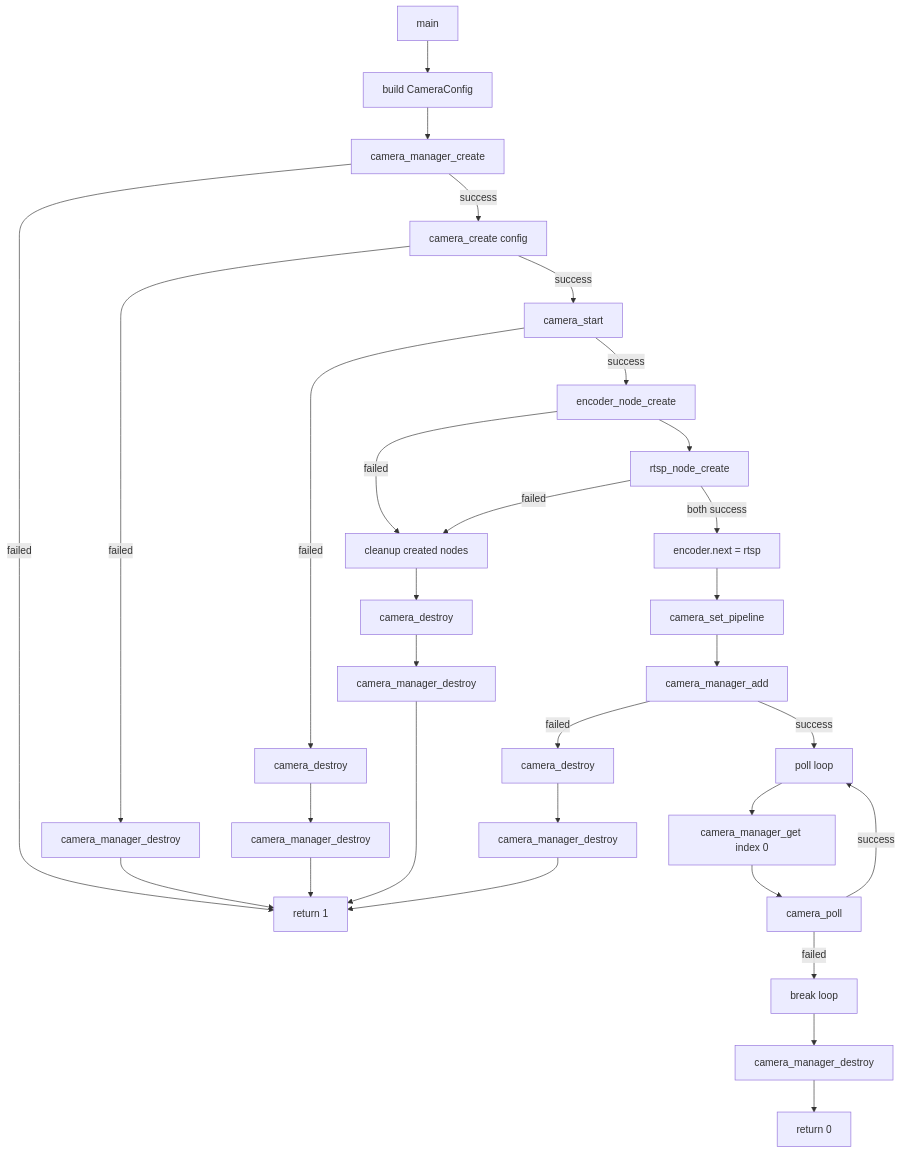
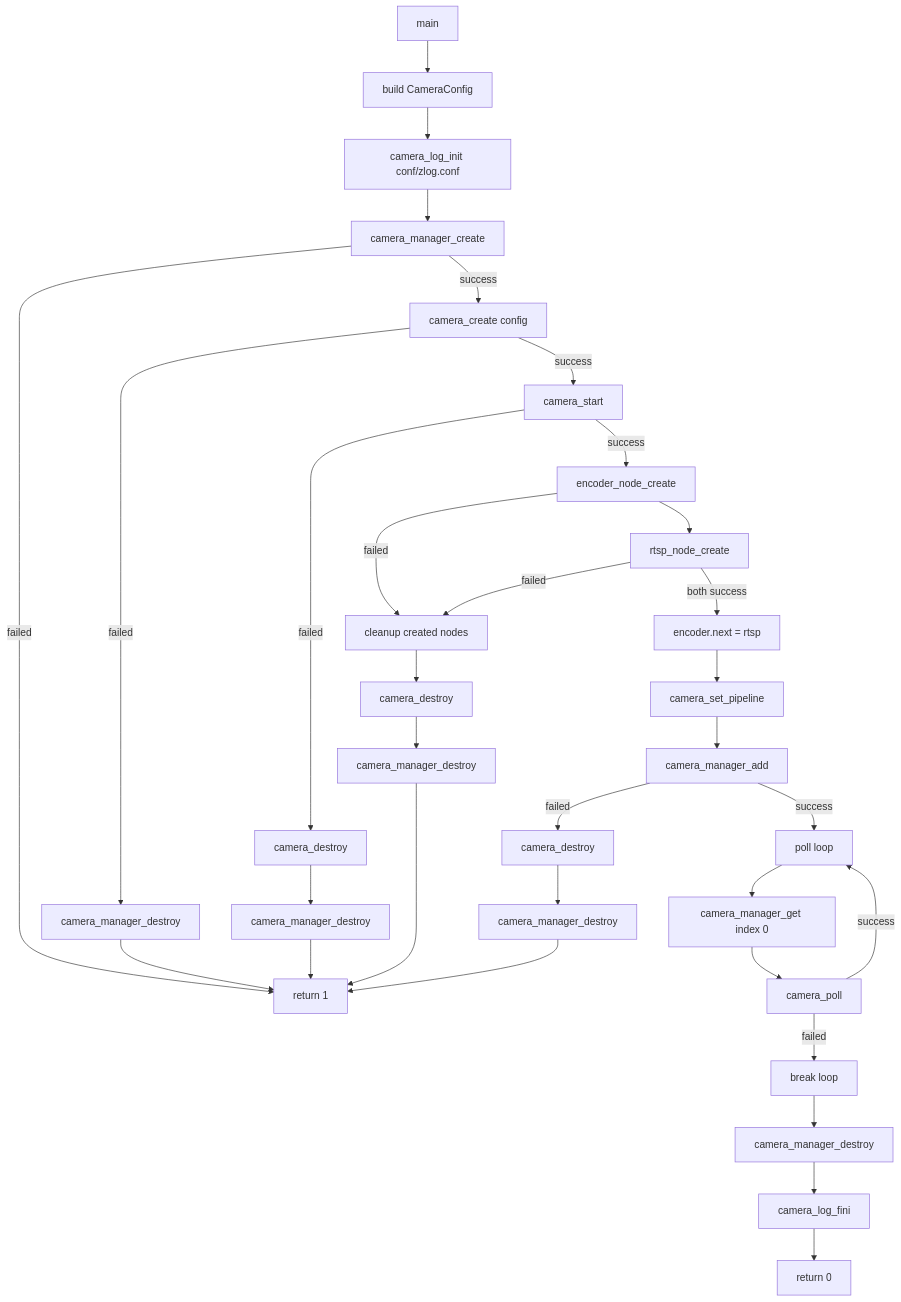
The first of 7 diagrams in CAMERA_FLOWCHARTS.md (originalcore/rk3588_camera), drawn with Mermaid before and after one commit. The commit also changed 181 other files, not shown here.

````diff
--- a/CAMERA_FLOWCHARTS.md
+++ b/CAMERA_FLOWCHARTS.md
@@ -9,38 +9,40 @@
 ```mermaid
 flowchart TD
     A[main] --> A1[build CameraConfig]
-    A1 --> B[camera_manager_create]
+    A1 --> A2[camera_log_init conf/zlog.conf]
+    A2 --> B[camera_manager_create]
     B -->|success| C[camera_create config]
     B -->|failed| Z1[return 1]
 
     C -->|success| D[camera_start]
     C -->|failed| C1[camera_manager_destroy]
     C1 --> Z1
 
     D -->|success| E[encoder_node_create]
     D -->|failed| D1[camera_destroy]
     D1 --> D2[camera_manager_destroy]
     D2 --> Z1
 
     E --> F[rtsp_node_create]
     F -->|both success| G[encoder.next = rtsp]
     E -->|failed| E1[cleanup created nodes]
     F -->|failed| E1
     E1 --> E2[camera_destroy]
     E2 --> E3[camera_manager_destroy]
     E3 --> Z1
 
     G --> H[camera_set_pipeline]
     H --> I[camera_manager_add]
     I -->|success| J[poll loop]
     I -->|failed| I1[camera_destroy]
     I1 --> I2[camera_manager_destroy]
     I2 --> Z1
 
     J --> K[camera_manager_get index 0]
     K --> L[camera_poll]
     L -->|success| J
     L -->|failed| M[break loop]
     M --> N[camera_manager_destroy]
-    N --> O[return 0]
+    N --> P[camera_log_fini]
+    P --> O[return 0]
 ```
````
